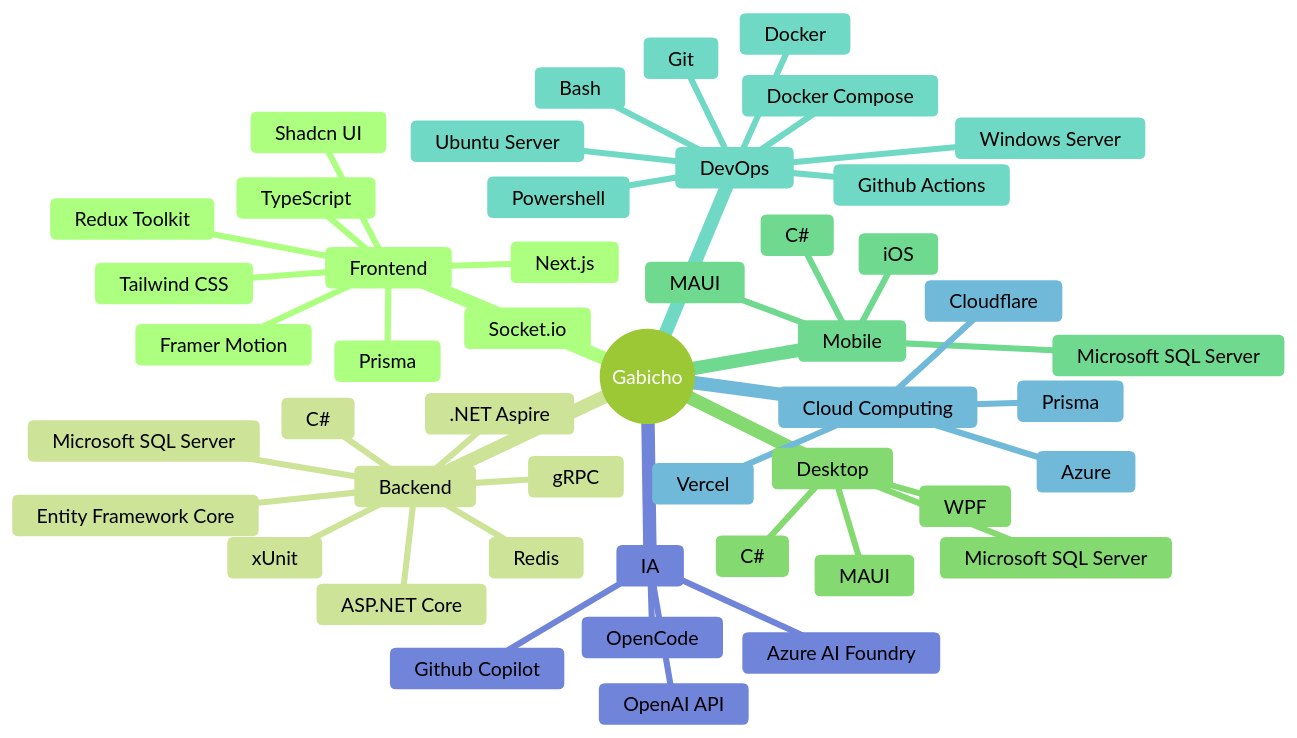
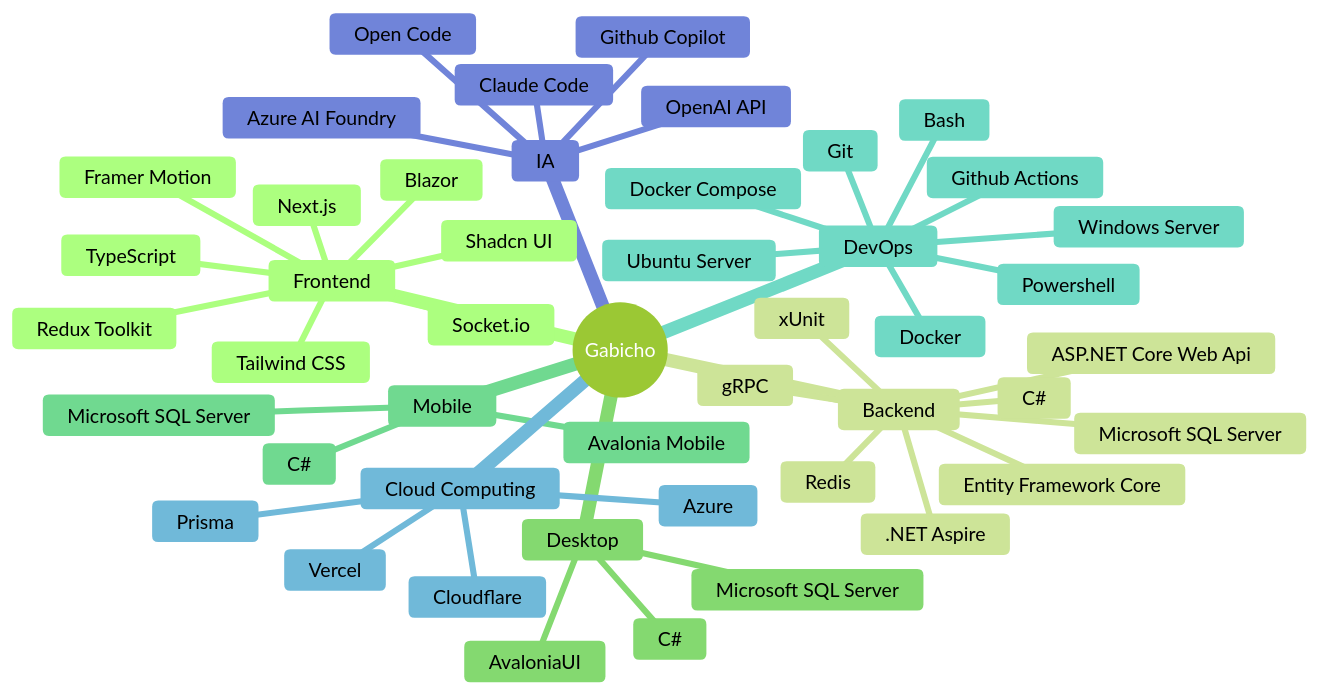
The diagram in README.md (ArcGabito/ArcGabito), drawn with Mermaid (forest theme) before and after one commit. The commit also changed other lines of this file, not shown here.

Commit message:
fix: cambio de stack y note

````diff
--- a/README.md
+++ b/README.md
@@ -28,51 +28,50 @@
 ```mermaid
 mindmap
   root((Gabicho))
     Frontend
       Next.js
       Shadcn UI
       TypeScript
       Tailwind CSS
       Redux Toolkit
       Framer Motion
       Socket.io
-      Prisma
+      Blazor
     Backend
       C#
-      ASP.NET Core
+      ASP.NET Core Web Api
       Entity Framework Core
       Microsoft SQL Server
       .NET Aspire
       gRPC
       xUnit
       Redis
     Desktop
       C#
-      WPF
-      MAUI
+      AvaloniaUI
       Microsoft SQL Server
     Mobile
       C#
-      MAUI
-      iOS
+      Avalonia Mobile
       Microsoft SQL Server
     DevOps
       Windows Server
       Ubuntu Server
       Powershell
       Bash
       Docker
       Docker Compose
       Github Actions
       Git
     Cloud Computing
       Azure
       Cloudflare
       Vercel
       Prisma
     IA
       Azure AI Foundry
       OpenAI API
       Github Copilot
-      OpenCode
+      Open Code
+      Claude Code
 ```
````
